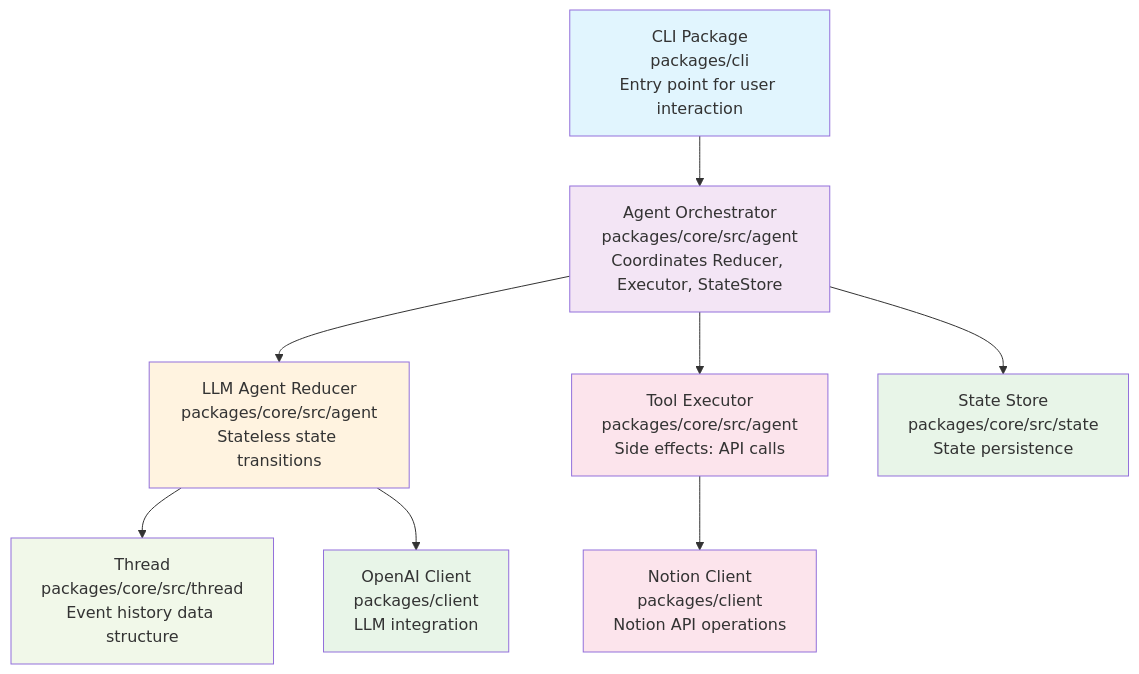
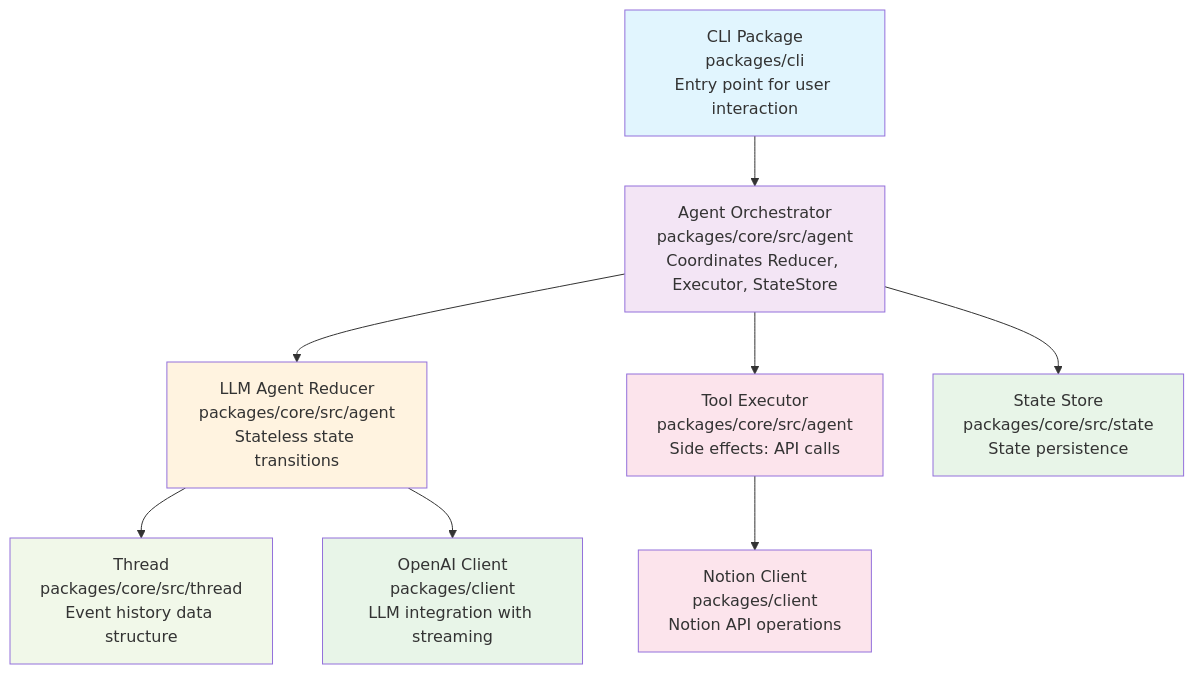
The first of 7 diagrams in docs/ARCHITECTURE.md (shomrkm/shochan_ai), drawn with Mermaid before and after one commit. The commit also changed other lines of this file and 3 other files, not shown here.

````diff
--- a/docs/ARCHITECTURE.md
+++ b/docs/ARCHITECTURE.md
@@ -52,19 +79,19 @@
 ```mermaid
 graph TD
     CLI[CLI Package<br/>packages/cli<br/>Entry point for user interaction] --> Orchestrator[Agent Orchestrator<br/>packages/core/src/agent<br/>Coordinates Reducer, Executor, StateStore]
     Orchestrator --> Reducer[LLM Agent Reducer<br/>packages/core/src/agent<br/>Stateless state transitions]
     Orchestrator --> Executor[Tool Executor<br/>packages/core/src/agent<br/>Side effects: API calls]
     Orchestrator --> StateStore[State Store<br/>packages/core/src/state<br/>State persistence]
     Reducer --> Thread[Thread<br/>packages/core/src/thread<br/>Event history data structure]
-    Reducer --> OpenAI[OpenAI Client<br/>packages/client<br/>LLM integration]
+    Reducer --> OpenAI[OpenAI Client<br/>packages/client<br/>LLM integration with streaming]
     Executor --> Notion[Notion Client<br/>packages/client<br/>Notion API operations]
 
     style CLI fill:#e1f5fe
     style Orchestrator fill:#f3e5f5
     style Reducer fill:#fff3e0
     style Executor fill:#fce4ec
     style StateStore fill:#e8f5e8
     style Thread fill:#f1f8e9
     style OpenAI fill:#e8f5e8
     style Notion fill:#fce4ec
 ```
````
